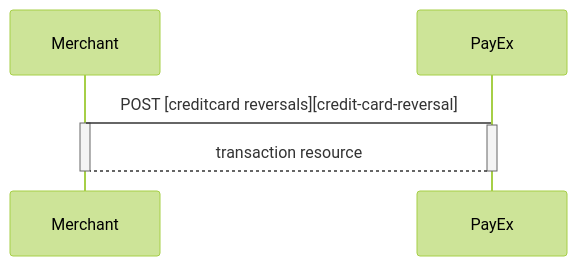
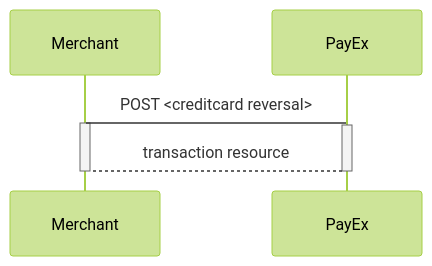
One commit to SwedbankPay/developer.swedbankpay.com changed the third of 3 diagrams in payments/mobile-pay/other-features.md. Above: the diagram before and after it, drawn with Mermaid (forest theme). The commit also changed other lines of this file, not shown here.

Commit message:
DX-259 Update mobile pay other-features with iterator and fix links

````diff
--- a/payments/mobile-pay/other-features.md
+++ b/payments/mobile-pay/other-features.md
@@ -65,9 +65,9 @@
 ```mermaid
 sequenceDiagram
-  Merchant->PayEx: POST [creditcard reversals][credit-card-reversal]
+  Merchant->PayEx: POST <creditcard reversal>
   Activate Merchant
   Activate PayEx
   PayEx-->Merchant: transaction resource
   Deactivate PayEx
   Deactivate Merchant
 ```
````
